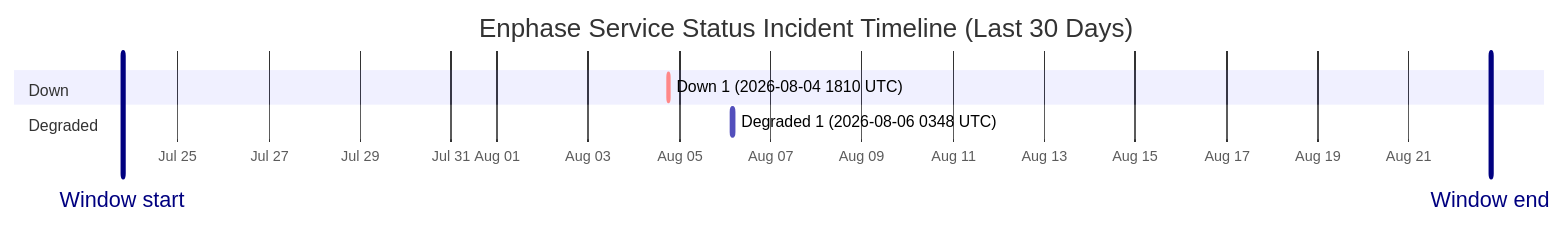
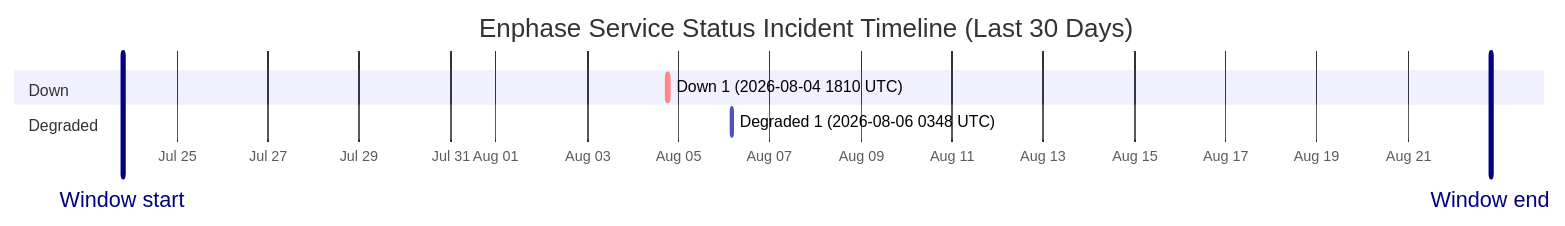
Before and after one commit to barneyonline/ha-enphase-energy: the diagram in wiki/Service-Status-History.md, drawn with Mermaid. The commit also changed other lines of this file and 3 other files, not shown here.

````diff
--- a/wiki/Service-Status-History.md
+++ b/wiki/Service-Status-History.md
@@ -14,12 +14,12 @@
 ```mermaid
 gantt
     title Enphase Service Status Incident Timeline (Last 30 Days)
     dateFormat  YYYY-MM-DDTHH:mm:ss
     axisFormat  %b %d
-    Window start :vert, window-start, 2026-07-23T18:58:44, 0ms
-    Window end :vert, window-end, 2026-08-22T18:58:44, 0ms
+    Window start :vert, window-start, 2026-07-23T19:27:57, 0ms
+    Window end :vert, window-end, 2026-08-22T19:27:57, 0ms
     section Down
     Down 1 (2026-08-04 1810 UTC) :crit, down-1, 2026-08-04T18:10:46, 60m
     section Degraded
     Degraded 1 (2026-08-06 0348 UTC) :active, degraded-1, 2026-08-06T03:48:14, 60m
 ```
````
